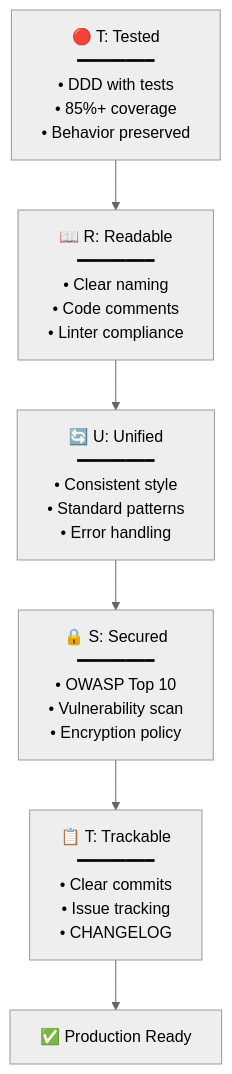
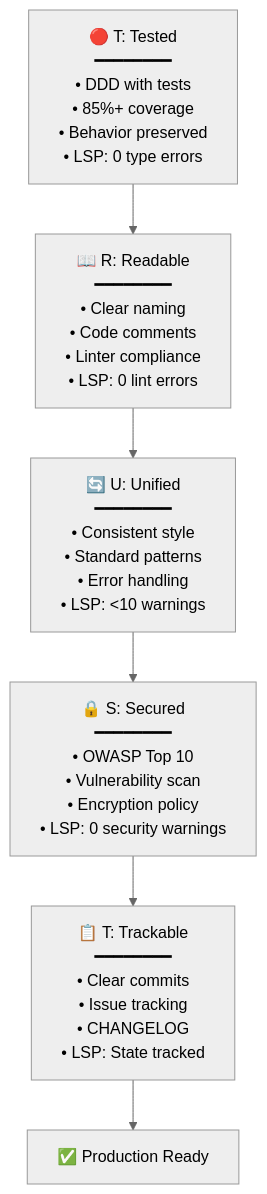
The ninth of 9 diagrams in README.md (modu-ai/moai-adk), drawn with Mermaid (neutral theme) before and after one commit. The commit also changed other lines of this file and 14 other files, not shown here.

````diff
--- a/README.md
+++ b/README.md
@@ -1370,10 +1514,10 @@
 ```mermaid
 graph TD
-    T1["🔴 T: Tested<br/>━━━━━━━━<br/>• DDD with tests<br/>• 85%+ coverage<br/>• Behavior preserved"]
-    R["📖 R: Readable<br/>━━━━━━━━<br/>• Clear naming<br/>• Code comments<br/>• Linter compliance"]
-    U["🔄 U: Unified<br/>━━━━━━━━<br/>• Consistent style<br/>• Standard patterns<br/>• Error handling"]
-    S["🔒 S: Secured<br/>━━━━━━━━<br/>• OWASP Top 10<br/>• Vulnerability scan<br/>• Encryption policy"]
-    T2["📋 T: Trackable<br/>━━━━━━━━<br/>• Clear commits<br/>• Issue tracking<br/>• CHANGELOG"]
+    T1["🔴 T: Tested<br/>━━━━━━━━<br/>• DDD with tests<br/>• 85%+ coverage<br/>• Behavior preserved<br/>• LSP: 0 type errors"]
+    R["📖 R: Readable<br/>━━━━━━━━<br/>• Clear naming<br/>• Code comments<br/>• Linter compliance<br/>• LSP: 0 lint errors"]
+    U["🔄 U: Unified<br/>━━━━━━━━<br/>• Consistent style<br/>• Standard patterns<br/>• Error handling<br/>• LSP: <10 warnings"]
+    S["🔒 S: Secured<br/>━━━━━━━━<br/>• OWASP Top 10<br/>• Vulnerability scan<br/>• Encryption policy<br/>• LSP: 0 security warnings"]
+    T2["📋 T: Trackable<br/>━━━━━━━━<br/>• Clear commits<br/>• Issue tracking<br/>• CHANGELOG<br/>• LSP: State tracked"]
 
     T1 --> R --> U --> S --> T2 --> Deploy["✅ Production Ready"]
 ```
````
